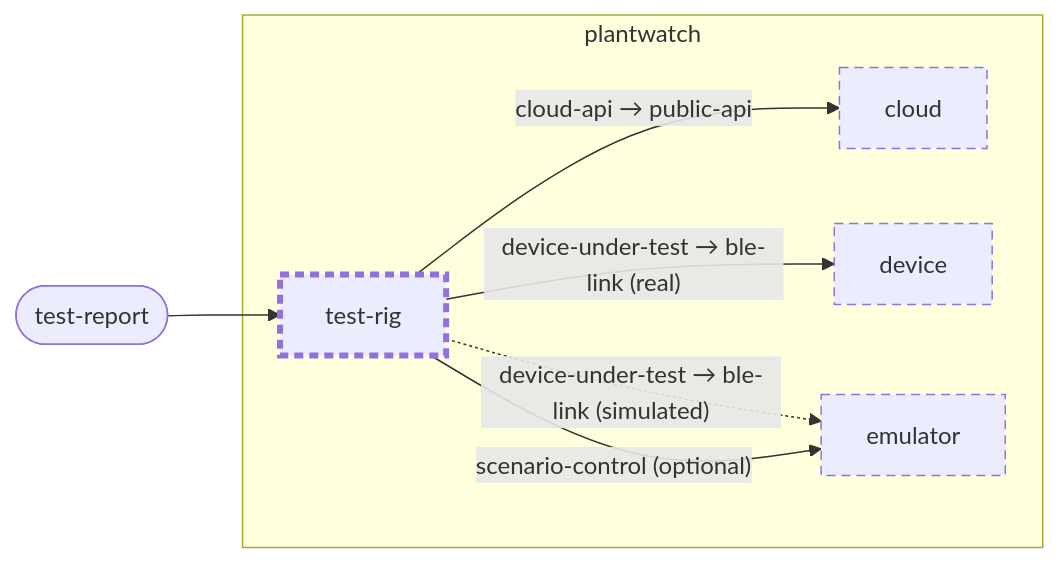
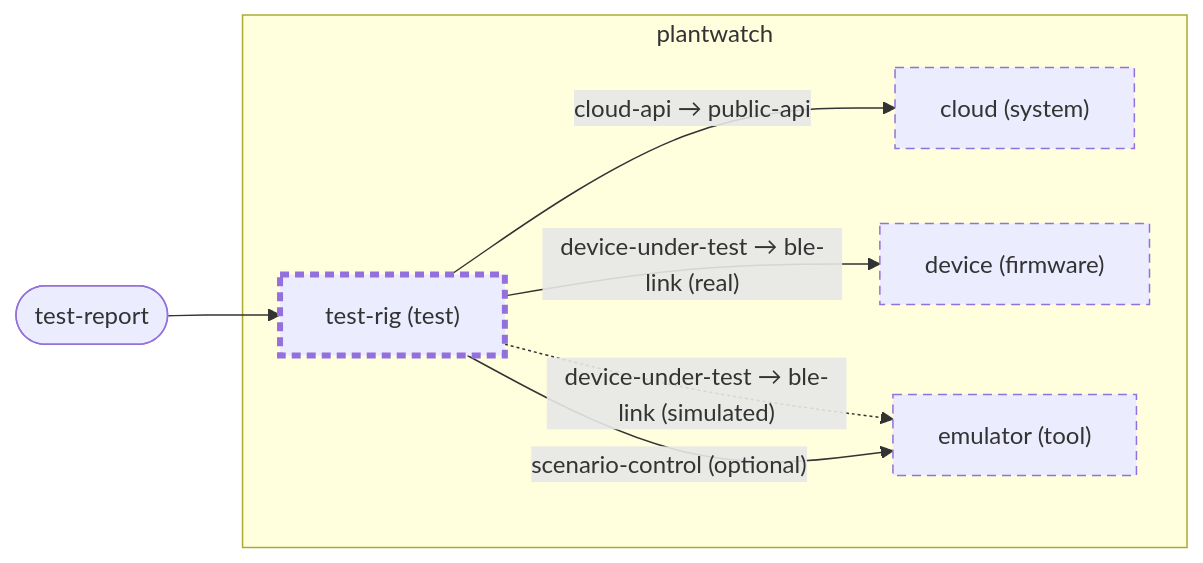
The diagram in examples/plantwatch/test-rig/docs/diagrams/context.md (wackazong/unifold), drawn with Mermaid before and after one commit. The commit also changed other lines of this file and 339 other files, not shown here.

````diff
--- a/examples/plantwatch/test-rig/docs/diagrams/context.md
+++ b/examples/plantwatch/test-rig/docs/diagrams/context.md
@@ -8,21 +8,21 @@
 ```mermaid
 flowchart LR
   subgraph u_root["plantwatch"]
-    u_cloud["cloud"]
-    u_device["device"]
-    u_emulator["emulator"]
-    u_test_drig["test-rig"]
+    u_cloud["cloud (system)"]
+    u_device["device (firmware)"]
+    u_emulator["emulator (tool)"]
+    u_test_drig["test-rig (test)"]
   end
   p_root___test_dreport(["test-report"])
   u_test_drig -->|"device-under-test → ble-link (real)"| u_device
   u_test_drig -.->|"device-under-test → ble-link (simulated)"| u_emulator
   u_test_drig -->|"scenario-control (optional)"| u_emulator
   u_test_drig -->|"cloud-api → public-api"| u_cloud
   p_root___test_dreport --> u_test_drig
   classDef focus stroke-width:4px
   classDef planned stroke-dasharray:6 4
   classDef deprecated stroke-dasharray:2 2,opacity:0.6
   classDef plain stroke-dasharray:2 3
   class u_cloud,u_device,u_emulator,u_test_drig planned
   class u_test_drig focus
 ```
````
